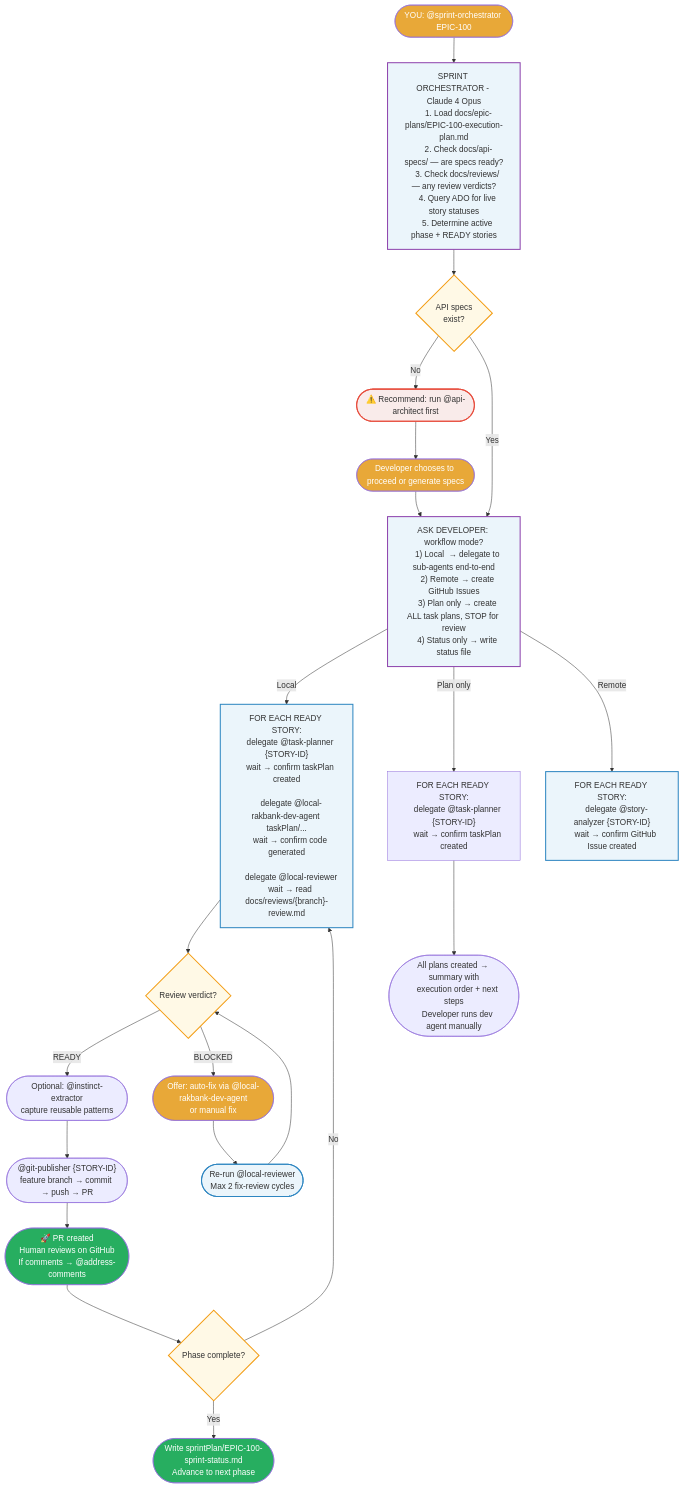
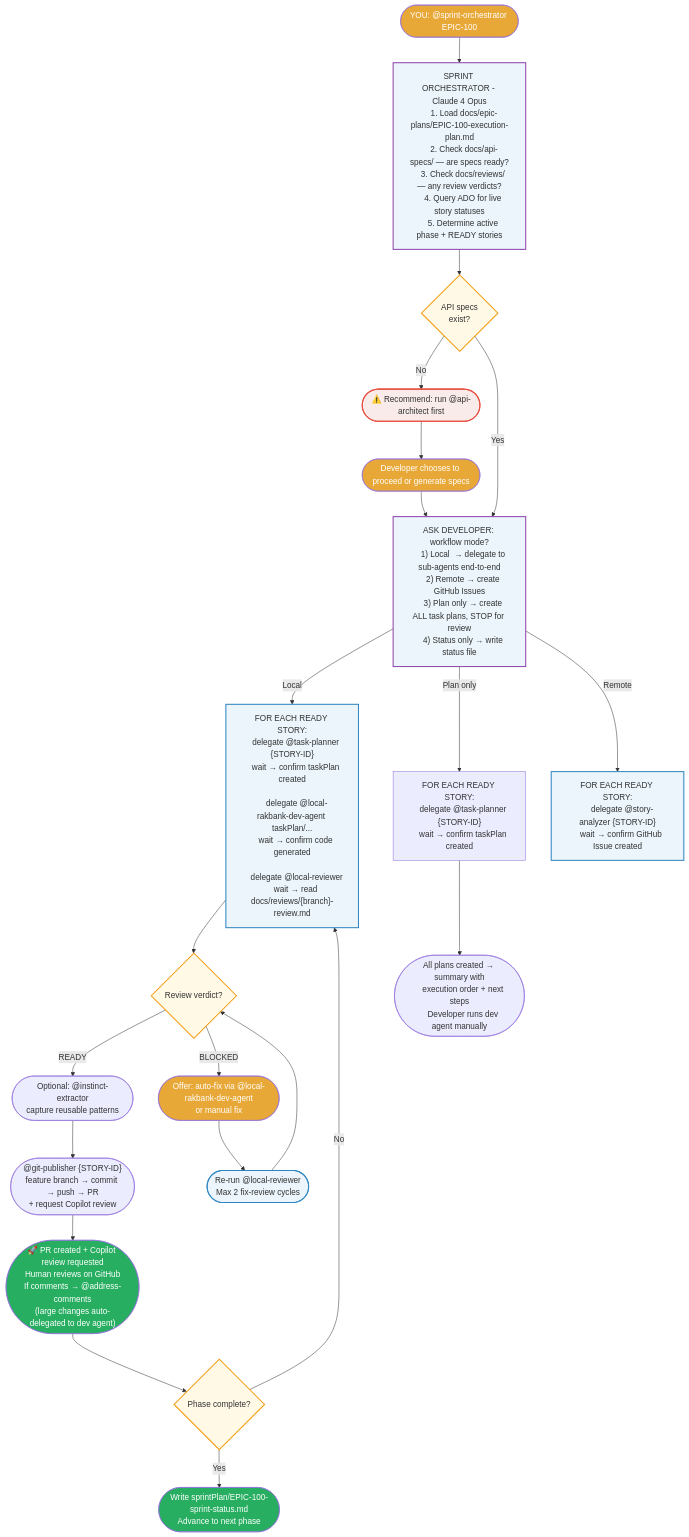
One commit to faizal13/sdlc-copilot-template changed the fifth of 7 diagrams in docs/agentic-sdlc-flowchart.md. Above: the diagram before and after it, drawn with Mermaid. The commit also changed other lines of this file and 3 other files, not shown here.

First line of the commit message:
feat(agents): enhance @address-comments with push, GitHub replies, large-change handoff, Copilot review

````diff
--- a/docs/agentic-sdlc-flowchart.md
+++ b/docs/agentic-sdlc-flowchart.md
@@ -305,72 +305,72 @@
 ```mermaid
 flowchart TD
     A([YOU: @sprint-orchestrator EPIC-100]) --> B
 
     B["SPRINT ORCHESTRATOR - Claude 4 Opus
     1. Load docs/epic-plans/EPIC-100-execution-plan.md
     2. Check docs/api-specs/ — are specs ready?
     3. Check docs/reviews/ — any review verdicts?
     4. Query ADO for live story statuses
     5. Determine active phase + READY stories"]
 
     B --> C{API specs\nexist?}
     C -->|No| D([⚠️ Recommend: run @api-architect first])
     D --> E([Developer chooses to proceed or generate specs])
     C -->|Yes| F
     E --> F
 
     F["ASK DEVELOPER: workflow mode?
     1) Local  → delegate to sub-agents end-to-end
     2) Remote → create GitHub Issues
     3) Plan only → create ALL task plans, STOP for review
     4) Status only → write status file"]
 
     F -->|Local| G["FOR EACH READY STORY:
     delegate @task-planner {STORY-ID}
     wait → confirm taskPlan created
 
     delegate @local-rakbank-dev-agent taskPlan/...
     wait → confirm code generated
 
     delegate @local-reviewer
     wait → read docs/reviews/{branch}-review.md"]
 
     G --> H{Review verdict?}
     H -->|READY| H2(["Optional: @instinct-extractor\ncapture reusable patterns"])
     H -->|BLOCKED| J([Offer: auto-fix via @local-rakbank-dev-agent\nor manual fix])
     J --> K([Re-run @local-reviewer\nMax 2 fix-review cycles])
     K --> H
 
-    H2 --> H3(["@git-publisher {STORY-ID}\nfeature branch → commit → push → PR"])
-    H3 --> I(["🚀 PR created\nHuman reviews on GitHub\nIf comments → @address-comments"])
+    H2 --> H3(["@git-publisher {STORY-ID}\nfeature branch → commit → push → PR\n+ request Copilot review"])
+    H3 --> I(["🚀 PR created + Copilot review requested\nHuman reviews on GitHub\nIf comments → @address-comments\n(large changes auto-delegated to dev agent)"])
 
     I --> L{Phase complete?}
     L -->|No| G
     L -->|Yes| M([Write sprintPlan/EPIC-100-sprint-status.md\nAdvance to next phase])
 
     F -->|Plan only| P["FOR EACH READY STORY:
     delegate @task-planner {STORY-ID}
     wait → confirm taskPlan created"]
     P --> Q([All plans created → summary with
     execution order + next steps
     Developer runs dev agent manually])
 
     F -->|Remote| N["FOR EACH READY STORY:
     delegate @story-analyzer {STORY-ID}
     wait → confirm GitHub Issue created"]
 
     style A fill:#E8A838,color:#fff
     style B fill:#EBF5FB,stroke:#8E44AD,stroke-width:2px
     style C fill:#FFF9E6,stroke:#F39C12,stroke-width:2px
     style D fill:#F9EBEA,stroke:#E74C3C,stroke-width:2px
     style E fill:#E8A838,color:#fff
     style F fill:#EBF5FB,stroke:#8E44AD,stroke-width:2px
     style G fill:#EBF5FB,stroke:#2E86C1,stroke-width:2px
     style H fill:#FFF9E6,stroke:#F39C12,stroke-width:2px
     style I fill:#27AE60,color:#fff
     style J fill:#E8A838,color:#fff
     style K fill:#EBF5FB,stroke:#2E86C1,stroke-width:2px
     style L fill:#FFF9E6,stroke:#F39C12,stroke-width:2px
     style M fill:#27AE60,color:#fff
     style N fill:#EBF5FB,stroke:#2E86C1,stroke-width:2px
 ```
````
